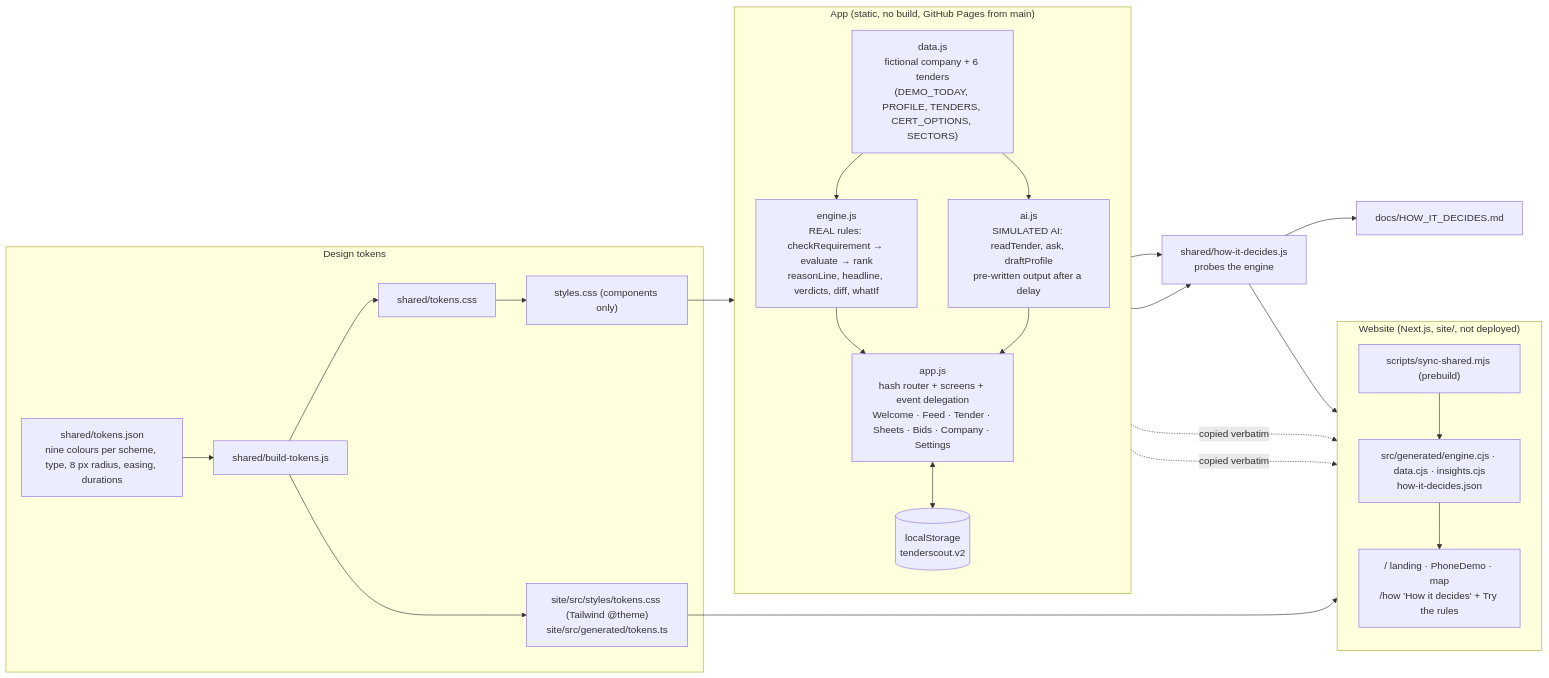
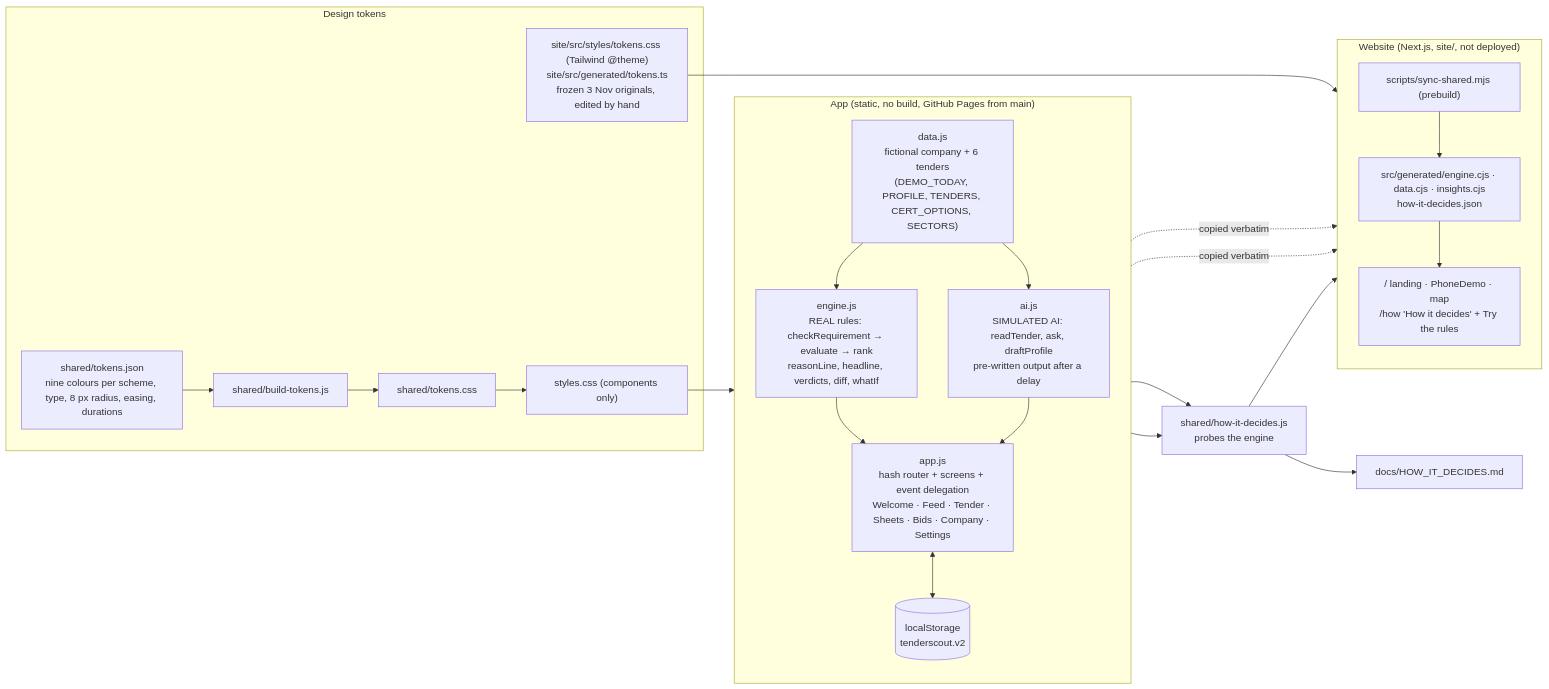
One commit to pioche8/ESCP-2627DT-C1 changed the diagram in ARCHITECTURE.md. Above: the diagram before and after it, drawn with Mermaid. The commit also changed other lines of this file and 4 other files, not shown here.

First line of the commit message:
Docs: the website's original design in CLAUDE.md (items 139-142), README, ARCHITECTURE, START_HERE, FIGMA

````diff
--- a/ARCHITECTURE.md
+++ b/ARCHITECTURE.md
@@ -9,36 +9,36 @@
 ```mermaid
 flowchart LR
   subgraph app["App (static, no build, GitHub Pages from main)"]
     direction TB
     data["data.js<br/>fictional company + 6 tenders<br/>(DEMO_TODAY, PROFILE, TENDERS, CERT_OPTIONS, SECTORS)"]
     engine["engine.js<br/>REAL rules: checkRequirement → evaluate → rank<br/>reasonLine, headline, verdicts, diff, whatIf"]
     ai["ai.js<br/>SIMULATED AI: readTender, ask, draftProfile<br/>pre-written output after a delay"]
     appjs["app.js<br/>hash router + screens + event delegation<br/>Welcome · Feed · Tender · Sheets · Bids · Company · Settings"]
     store[("localStorage<br/>tenderscout.v2")]
     data --> engine --> appjs
     data --> ai --> appjs
     appjs <--> store
   end
   subgraph tokens["Design tokens"]
     tj["shared/tokens.json<br/>nine colours per scheme, type, 8 px radius, easing, durations"]
     bt["shared/build-tokens.js"]
     tcss["shared/tokens.css"]
-    scss["site/src/styles/tokens.css (Tailwind @theme)<br/>site/src/generated/tokens.ts"]
-    tj --> bt --> tcss & scss
+    scss["site/src/styles/tokens.css (Tailwind @theme)<br/>site/src/generated/tokens.ts<br/>frozen 3 Nov originals, edited by hand"]
+    tj --> bt --> tcss
     tcss --> styles["styles.css (components only)"] --> appjs
   end
   subgraph site["Website (Next.js, site/, not deployed)"]
     direction TB
     sync["scripts/sync-shared.mjs (prebuild)"]
     gen["src/generated/engine.cjs · data.cjs · insights.cjs<br/>how-it-decides.json"]
     pages["/ landing · PhoneDemo · map<br/>/how 'How it decides' + Try the rules"]
     sync --> gen --> pages
     scss --> pages
   end
   engine -. copied verbatim .-> gen
   data -. copied verbatim .-> gen
   how["shared/how-it-decides.js<br/>probes the engine"] --> gen
   how --> hdoc["docs/HOW_IT_DECIDES.md"]
   engine --> how
   data --> how
 ```
````
